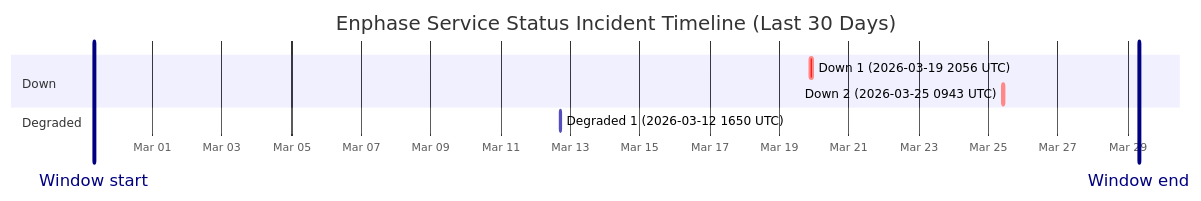
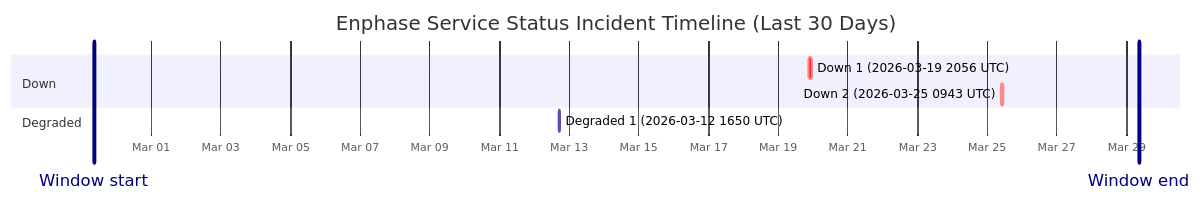
The diagram in wiki/Service-Status-History.md (barneyonline/ha-enphase-ev-charger), drawn with Mermaid before and after one commit. The commit also changed other lines of this file and 3 other files, not shown here.

````diff
--- a/wiki/Service-Status-History.md
+++ b/wiki/Service-Status-History.md
@@ -14,13 +14,13 @@
 ```mermaid
 gantt
     title Enphase Service Status Incident Timeline (Last 30 Days)
     dateFormat  YYYY-MM-DDTHH:mm:ss
     axisFormat  %b %d
-    Window start :vert, window-start, 2026-02-27T07:46:16, 0ms
-    Window end :vert, window-end, 2026-03-29T07:46:16, 0ms
+    Window start :vert, window-start, 2026-02-27T08:30:03, 0ms
+    Window end :vert, window-end, 2026-03-29T08:30:03, 0ms
     section Down
     Down 1 (2026-03-19 2056 UTC) :crit, down-1, 2026-03-19T20:56:20, 145m
     Down 2 (2026-03-25 0943 UTC) :crit, down-2, 2026-03-25T09:43:28, 111m
     section Degraded
     Degraded 1 (2026-03-12 1650 UTC) :active, degraded-1, 2026-03-12T16:50:43, 60m
 ```
````
